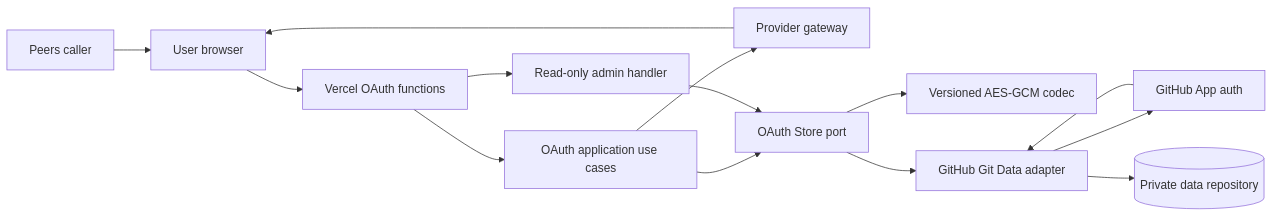
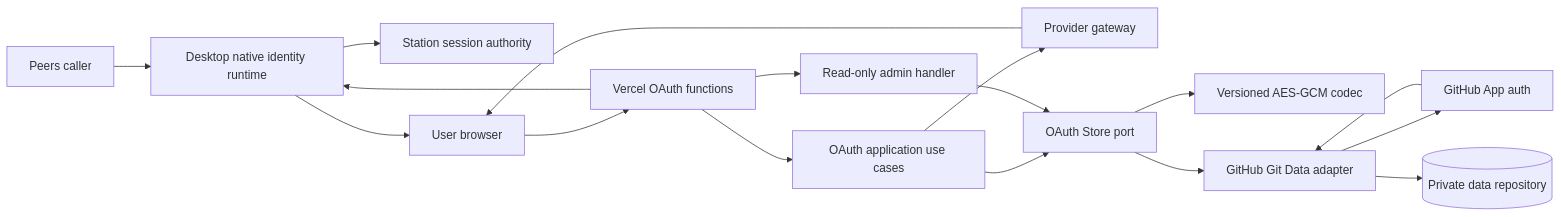
The diagram in docs/architecture/oauth-login-broker/design.md (peers-labs/peers-touch), drawn with Mermaid before and after one commit. The commit also changed other lines of this file and 80 other files, not shown here.

````diff
--- a/docs/architecture/oauth-login-broker/design.md
+++ b/docs/architecture/oauth-login-broker/design.md
@@ -41,28 +53,33 @@
 ```mermaid
 flowchart LR
     CALLER["Peers caller"]
+    DESKTOP["Desktop native identity runtime"]
+    STATION["Station session authority"]
     BROWSER["User browser"]
     VERCEL["Vercel OAuth functions"]
     USECASE["OAuth application use cases"]
     PROVIDER["Provider gateway"]
     STORE["OAuth Store port"]
     CIPHER["Versioned AES-GCM codec"]
     GHAPP["GitHub App auth"]
     GIT["GitHub Git Data adapter"]
     REPO[("Private data repository")]
     ADMIN["Read-only admin handler"]
 
-    CALLER --> BROWSER
+    CALLER --> DESKTOP
+    DESKTOP --> BROWSER
     BROWSER --> VERCEL
     VERCEL --> USECASE
     USECASE --> PROVIDER
     USECASE --> STORE
     STORE --> CIPHER
     STORE --> GIT
     GIT --> GHAPP
     GHAPP --> GIT
     GIT --> REPO
     ADMIN --> STORE
     VERCEL --> ADMIN
     PROVIDER --> BROWSER
+    VERCEL --> DESKTOP
+    DESKTOP --> STATION
 ```
````
